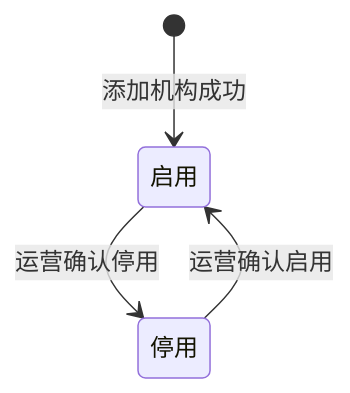
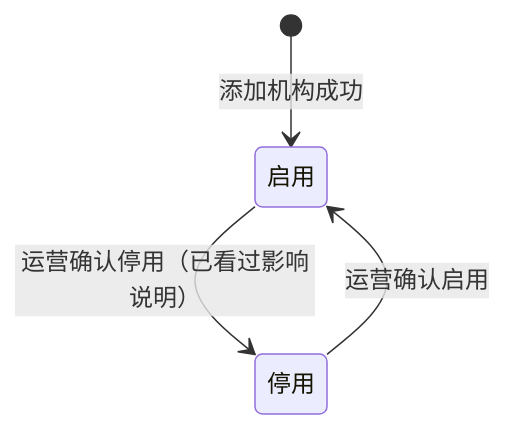
Before and after one commit to wxblockchain/Chain-Financing: the second of 3 diagrams in token-issuance-platform/PRD/管理端/M5-机构管理/02-机构管理-流程图与状态机.md, drawn with Mermaid. The commit also changed other lines of this file and 35 other files, not shown here.

````diff
--- a/token-issuance-platform/PRD/管理端/M5-机构管理/02-机构管理-流程图与状态机.md
+++ b/token-issuance-platform/PRD/管理端/M5-机构管理/02-机构管理-流程图与状态机.md
@@ -23,6 +32,6 @@
 ```mermaid
 stateDiagram-v2
     [*] --> 启用: 添加机构成功
-    启用 --> 停用: 运营确认停用
+    启用 --> 停用: 运营确认停用（已看过影响说明）
     停用 --> 启用: 运营确认启用
 ```
````
